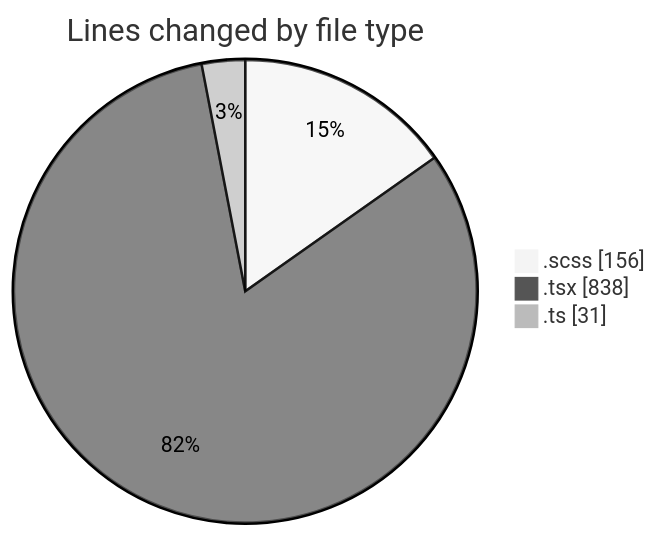
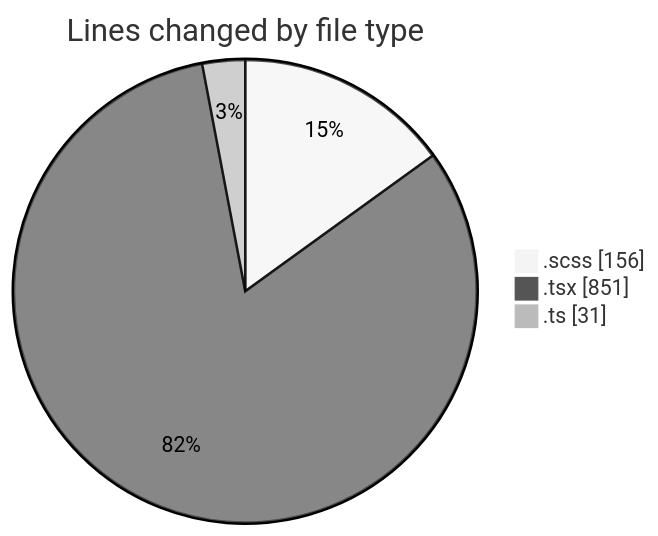
Before and after one commit to momahboobian/code-tracking: the first of 2 diagrams in 2025-02-10/cda/README.md, drawn with Mermaid (neutral theme). The commit also changed other lines of this file and 1 other file, not shown here.

````diff
--- a/2025-02-10/cda/README.md
+++ b/2025-02-10/cda/README.md
@@ -25,7 +25,7 @@
 ```mermaid
 pie showData
 title Lines changed by file type
 ".scss" : 156
-".tsx" : 838
+".tsx" : 851
 ".ts" : 31
 ```
````
